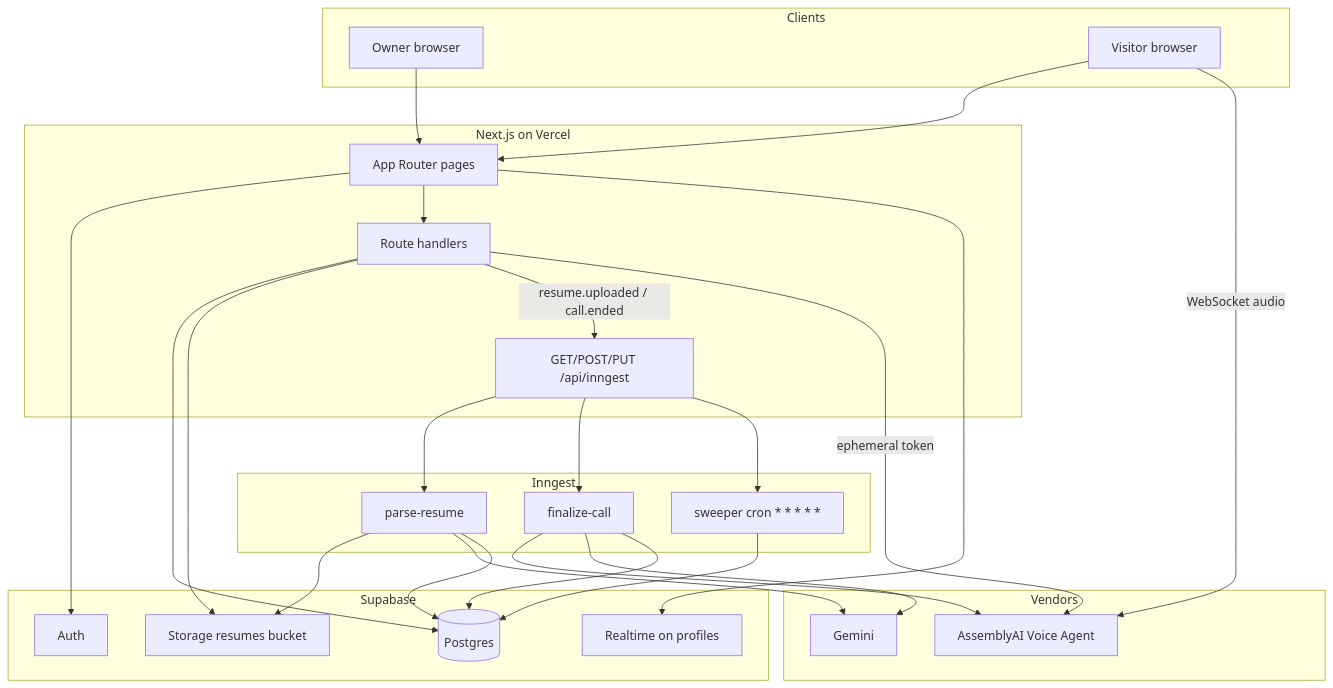
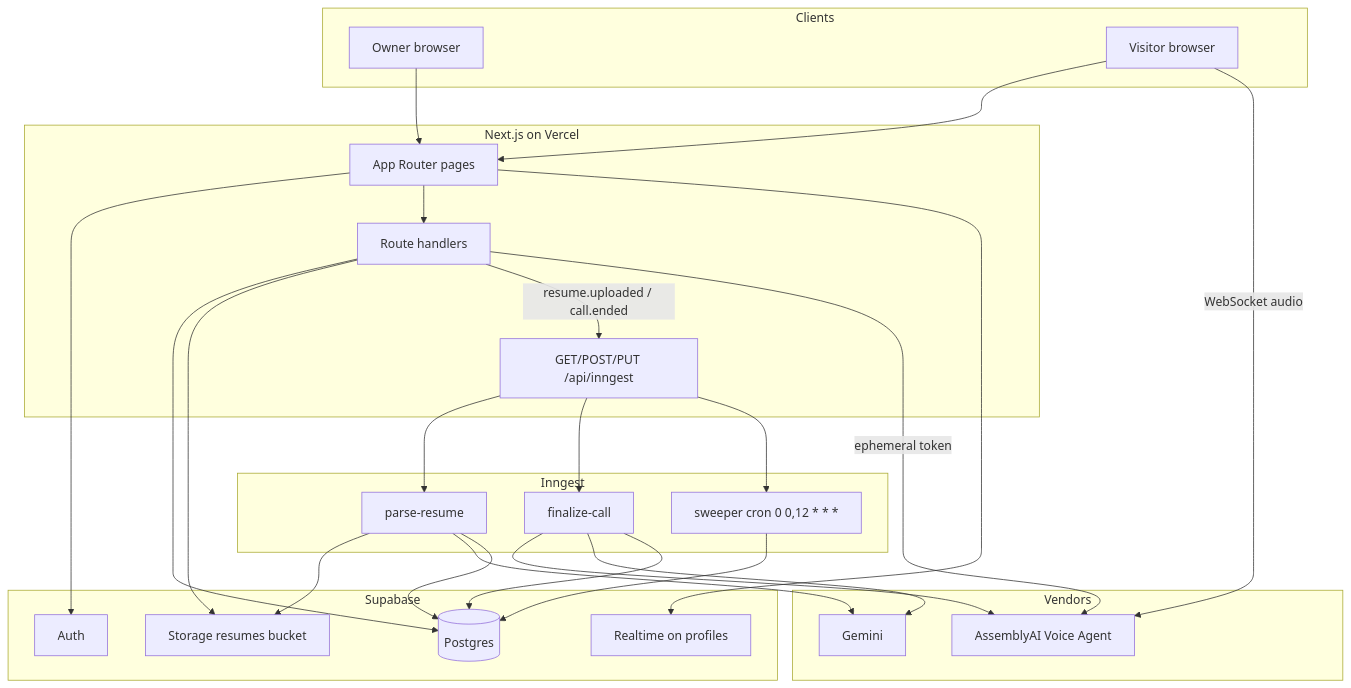
One commit to waseemjaved755/Profili changed the first of 6 diagrams in README.md. Above: the diagram before and after it, drawn with Mermaid. The commit also changed other lines of this file and 14 other files, not shown here.

````diff
--- a/README.md
+++ b/README.md
@@ -108,52 +108,52 @@
 ```mermaid
 flowchart TB
   subgraph clients [Clients]
     Owner[Owner browser]
     Visitor[Visitor browser]
   end
 
   subgraph vercel [Next.js on Vercel]
     UI[App Router pages]
     API[Route handlers]
     Serve["GET/POST/PUT /api/inngest"]
   end
 
   subgraph data [Supabase]
     Auth[Auth]
     PG[(Postgres)]
     Store[Storage resumes bucket]
     RT[Realtime on profiles]
   end
 
   subgraph jobs [Inngest]
     ParseFn[parse-resume]
     FinalFn[finalize-call]
-    SweepFn["sweeper cron * * * * *"]
+    SweepFn["sweeper cron 0 0,12 * * *"]
   end
 
   subgraph vendors [Vendors]
     Gemini[Gemini]
     AAI[AssemblyAI Voice Agent]
   end
 
   Owner --> UI
   Visitor --> UI
   UI --> Auth
   UI --> API
   UI --> RT
   API --> PG
   API --> Store
   API -->|"resume.uploaded / call.ended"| Serve
   Serve --> ParseFn
   Serve --> FinalFn
   Serve --> SweepFn
   ParseFn --> Store
   ParseFn --> Gemini
   ParseFn --> PG
   FinalFn --> AAI
   FinalFn --> Gemini
   FinalFn --> PG
   SweepFn --> PG
   Visitor -->|"WebSocket audio"| AAI
   API -->|"ephemeral token"| AAI
 ```
````
